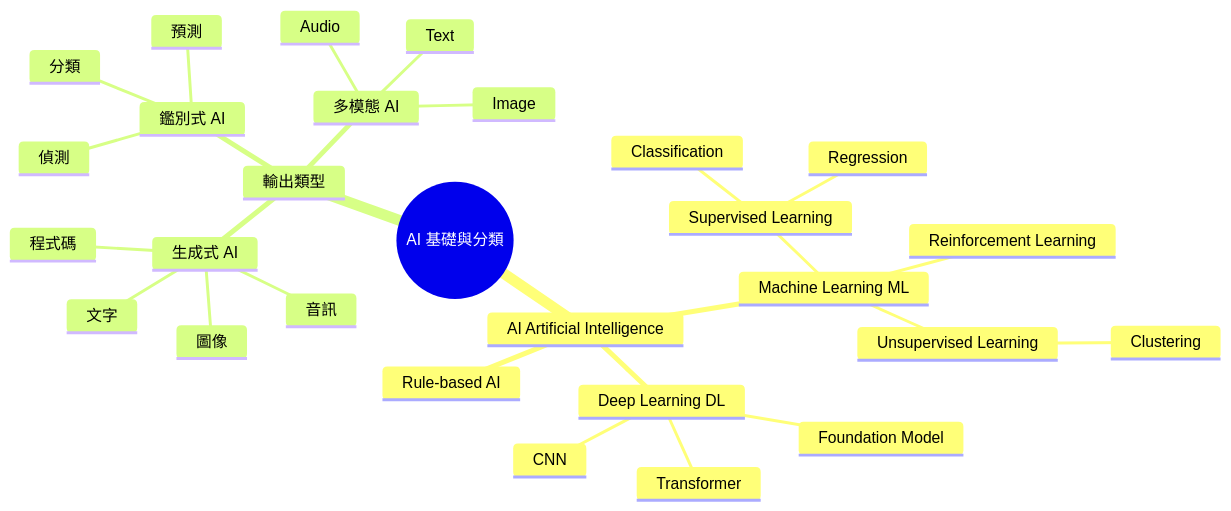
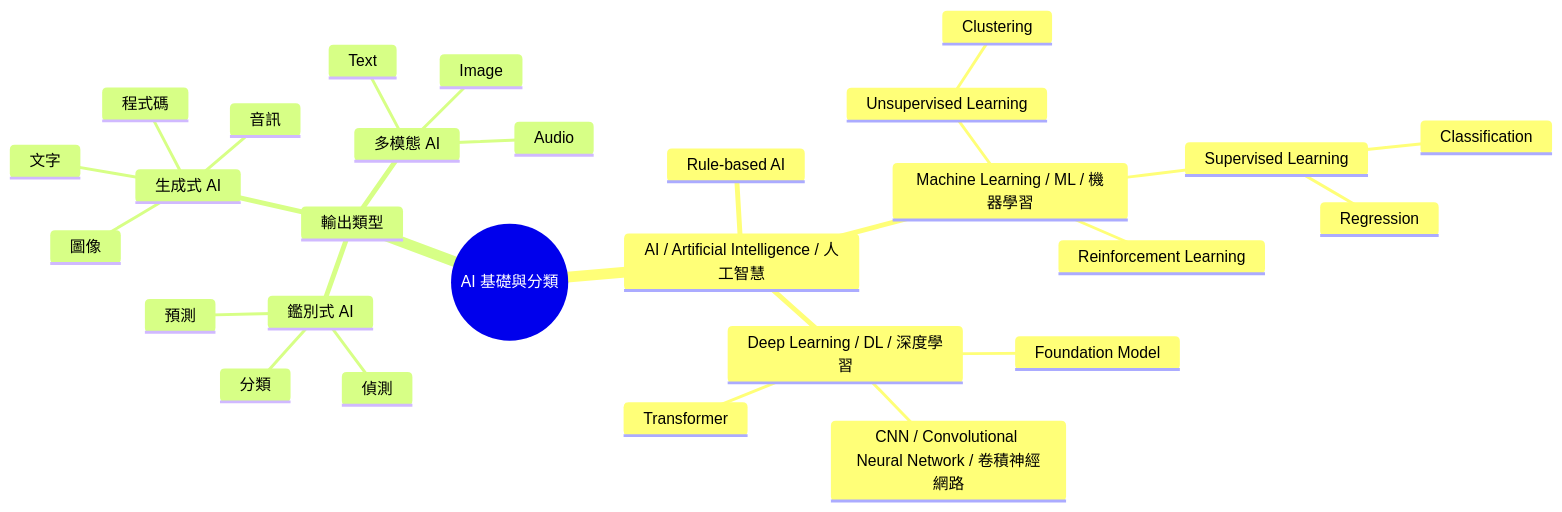
One commit to douglas168/levelcert changed the second of 10 diagrams in content/ipas/ipas-ai-mindmap.md. Above: the diagram before and after it, drawn with Mermaid. The commit also changed other lines of this file and 127 other files, not shown here.

````diff
--- a/content/ipas/ipas-ai-mindmap.md
+++ b/content/ipas/ipas-ai-mindmap.md
@@ -83,31 +83,31 @@
 ```mermaid
 mindmap
   root((AI 基礎與分類))
-    AI Artificial Intelligence
+    AI / Artificial Intelligence / 人工智慧
       Rule-based AI
-      Machine Learning ML
+      Machine Learning / ML / 機器學習
         Supervised Learning
           Classification
           Regression
         Unsupervised Learning
           Clustering
         Reinforcement Learning
-      Deep Learning DL
-        CNN
+      Deep Learning / DL / 深度學習
+        CNN / Convolutional Neural Network / 卷積神經網路
         Transformer
         Foundation Model
     輸出類型
       鑑別式 AI
         分類
         預測
         偵測
       生成式 AI
         文字
         圖像
         音訊
         程式碼
       多模態 AI
         Text
         Image
         Audio
 ```
````
